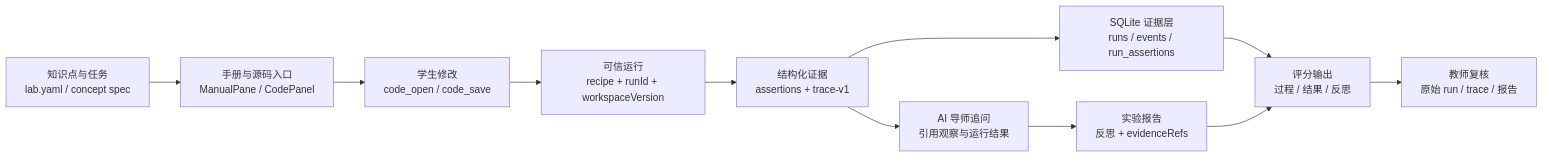
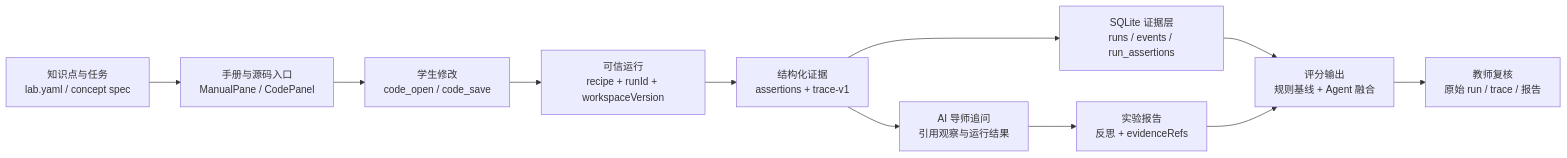
The diagram in os-lab/docs/lab2-m0-acceptance.md (AM-SuSh/EVOLVE), drawn with Mermaid before and after one commit. The commit also changed 38 other files, not shown here.

````diff
--- a/os-lab/docs/lab2-m0-acceptance.md
+++ b/os-lab/docs/lab2-m0-acceptance.md
@@ -11,13 +11,13 @@
 ```mermaid
 flowchart LR
     A["知识点与任务<br/>lab.yaml / concept spec"] --> B["手册与源码入口<br/>ManualPane / CodePanel"]
     B --> C["学生修改<br/>code_open / code_save"]
     C --> D["可信运行<br/>recipe + runId + workspaceVersion"]
     D --> E["结构化证据<br/>assertions + trace-v1"]
     E --> F["SQLite 证据层<br/>runs / events / run_assertions"]
     E --> G["AI 导师追问<br/>引用观察与运行结果"]
     G --> H["实验报告<br/>反思 + evidenceRefs"]
-    F --> I["评分输出<br/>过程 / 结果 / 反思"]
+    F --> I["评分输出<br/>规则基线 + Agent 融合"]
     H --> I
     I --> J["教师复核<br/>原始 run / trace / 报告"]
 ```
````
